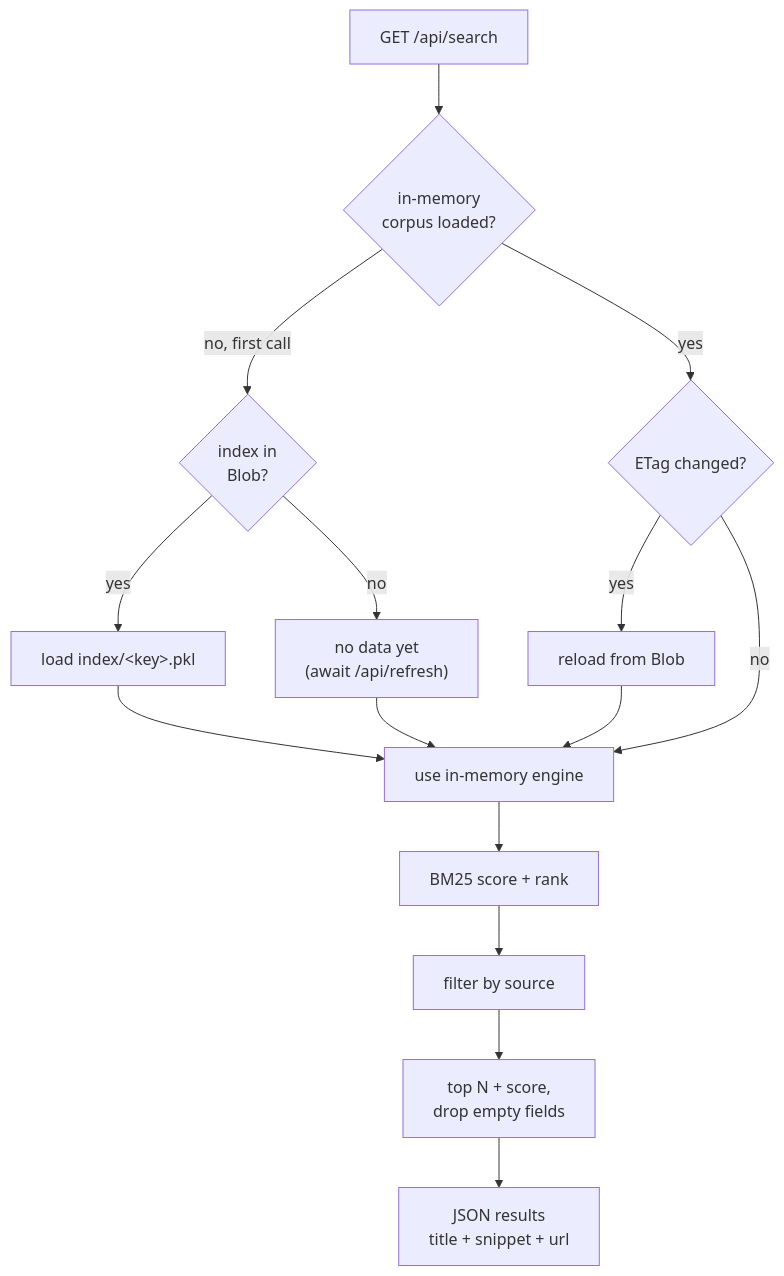
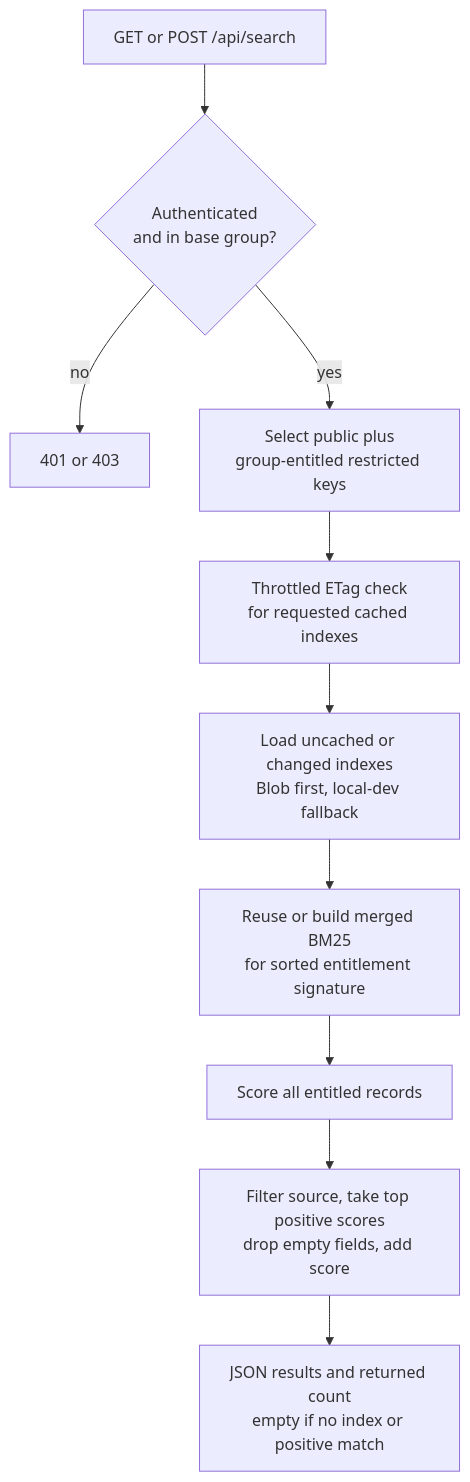
The diagram in docs/diagrams/3-search-flow.mmd (SteveCInVA/AllofUs-Agent), drawn with Mermaid before and after one commit. The commit also changed 16 other files, not shown here.

```diff
--- a/docs/diagrams/3-search-flow.mmd
+++ b/docs/diagrams/3-search-flow.mmd
@@ -1,19 +1,10 @@
 flowchart TB
-    Q["GET /api/search"] --> ENG{"in-memory<br/>corpus loaded?"}
-
-    ENG -- "no, first call" --> L1{"index in<br/>Blob?"}
-    L1 -- "yes" --> LB["load index/&lt;key&gt;.pkl"]
-    L1 -- "no" --> LP["no data yet<br/>(await /api/refresh)"]
-
-    ENG -- "yes" --> STALE{"ETag changed?"}
-    STALE -- "yes" --> RB["reload from Blob"]
-    STALE -- "no" --> USE["use in-memory engine"]
-
-    LB --> USE
-    LP --> USE
-    RB --> USE
-
-    USE --> SRCH["BM25 score + rank"]
-    SRCH --> FLT["filter by source"]
-    FLT --> TOP["top N + score,<br/>drop empty fields"]
-    TOP --> J["JSON results<br/>title + snippet + url"]
+    Q["GET or POST /api/search"] --> AUTH{"Authenticated<br/>and in base group?"}
+    AUTH -- "no" --> DENY["401 or 403"]
+    AUTH -- "yes" --> KEYS["Select public plus<br/>group-entitled restricted keys"]
+    KEYS --> CHECK["Throttled ETag check<br/>for requested cached indexes"]
+    CHECK --> LOAD["Load uncached or changed indexes<br/>Blob first, local-dev fallback"]
+    LOAD --> MERGE["Reuse or build merged BM25<br/>for sorted entitlement signature"]
+    MERGE --> SCORE["Score all entitled records"]
+    SCORE --> FILTER["Filter source, take top positive scores<br/>drop empty fields, add score"]
+    FILTER --> OUT["JSON results and returned count<br/>empty if no index or positive match"]
```
